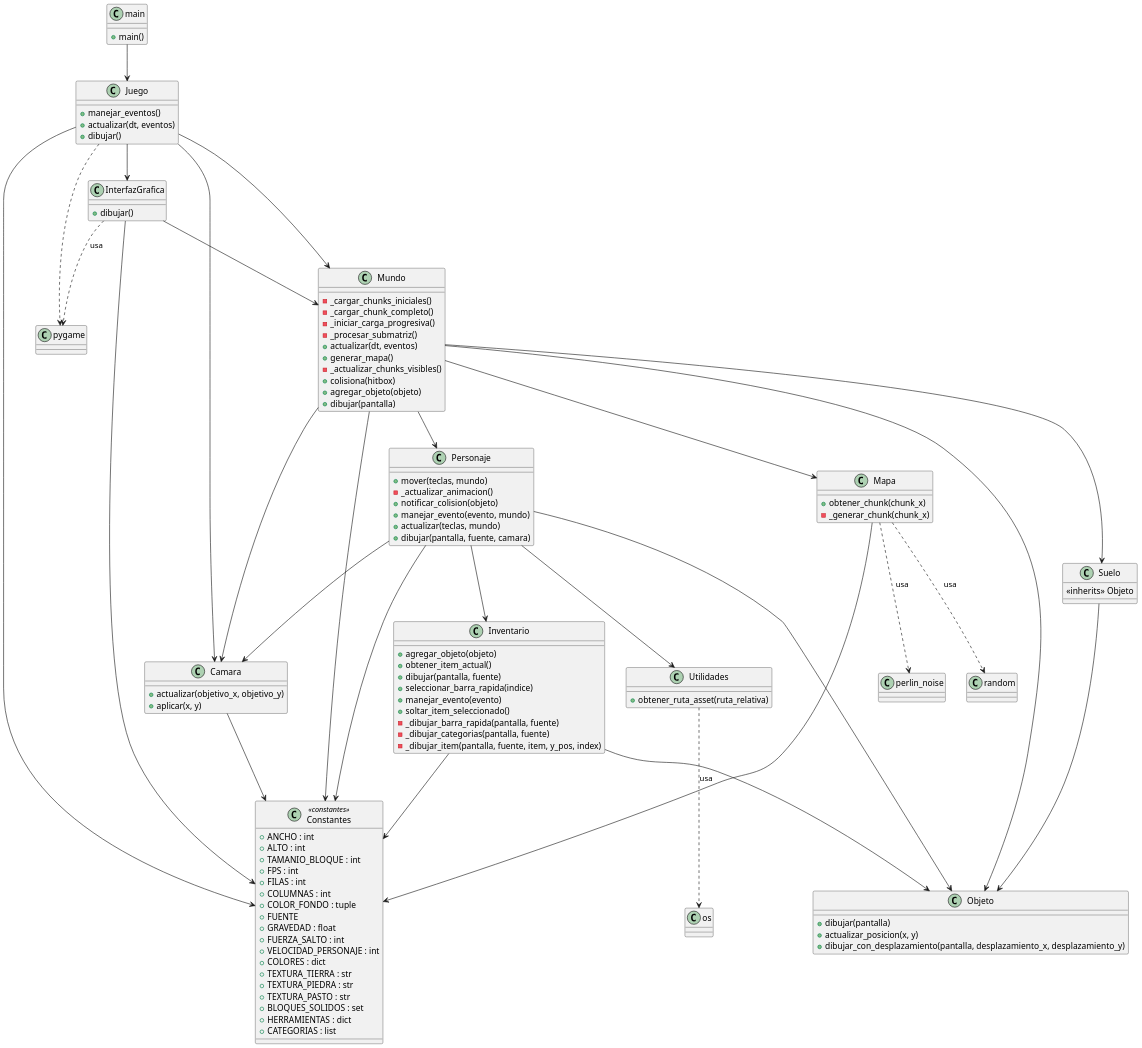
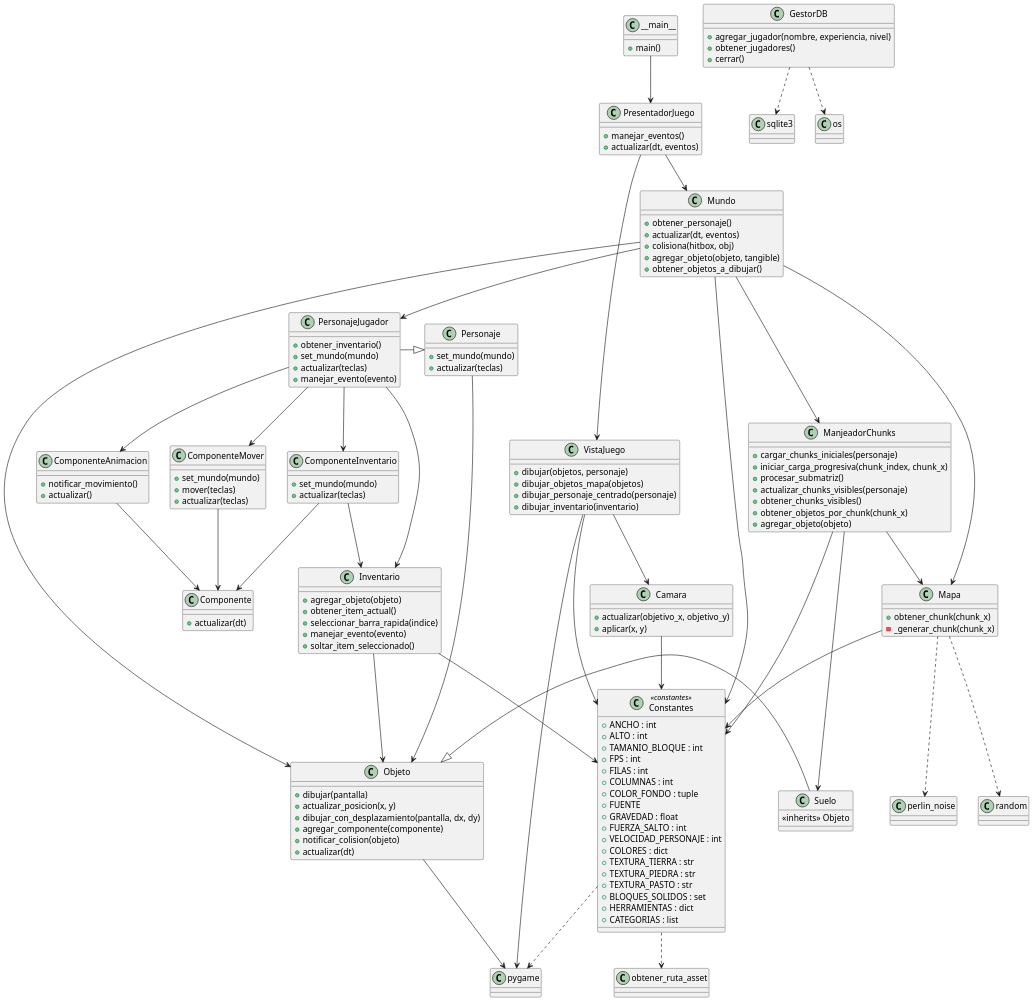
One commit to JosiasTomasnanez/SatisPlanning-game changed the diagram in doc/clase.puml. Above: the diagram before and after it, drawn with PlantUML. The commit also changed 2 other files, not shown here.

Commit message:
actualizacion de diagramas

```diff
--- a/doc/clase.puml
+++ b/doc/clase.puml
@@ -1,229 +1,178 @@
-@startuml Juego
+@startuml SatisPlanning
 scale 1.5
 
-' Relaciones generales entre las clases principales
-main --> Juego  
-' La clase principal que inicia el juego
-Juego --> Mundo  
-' El juego contiene el mundo donde se desarrolla la lógica principal
-Juego --> InterfazGrafica  
-' El juego utiliza la interfaz gráfica para dibujar elementos
-Juego --> Camara  
-' La cámara se usa para manejar el desplazamiento y el enfoque
-Juego ..> pygame    
-' Usa dependencia externa de pygame
-Juego --> Constantes  
-' Usa constantes globales para configuraciones
+' Relaciones principales
+__main__ --> PresentadorJuego
+PresentadorJuego --> Mundo
+PresentadorJuego --> VistaJuego
+VistaJuego --> Camara
+VistaJuego --> Constantes
+VistaJuego --> pygame
 
-' Relaciones dentro del mundo del juego
-Mundo --> Mapa  
-' El mundo utiliza el mapa para generar y gestionar los chunks
-Mundo --> Personaje  
-' El personaje principal está contenido en el mundo
-Mundo --> Suelo  
-' El suelo es parte del mundo y se utiliza para colisiones
-Mundo --> Camara  
-' La cámara se usa para ajustar la vista del mundo
-Mundo --> Constantes  
-' Usa constantes globales
-Mundo --> Objeto  
-' Los objetos son elementos interactivos del mundo
+Mundo --> Mapa
+Mundo --> ManjeadorChunks
+Mundo --> PersonajeJugador
+Mundo --> Objeto
+Mundo --> Constantes
 
-' Relaciones del mapa
-Mapa --> Constantes  
-' Usa constantes para generar el terreno
-Mapa ..> perlin_noise : usa  
-' Dependencia externa para generar ruido Perlin
-Mapa ..> random : usa  
-' Dependencia externa para generar valores aleatorios
+ManjeadorChunks --> Mapa
+ManjeadorChunks --> Suelo
+ManjeadorChunks --> Constantes
 
-' Relaciones del personaje
-Personaje --> Objeto  
-' El personaje hereda de la clase Objeto
-Personaje --> Inventario  
-' El personaje tiene un inventario
-Personaje --> Camara  
-' Usa la cámara para ajustar su posición en pantalla
-Personaje --> Constantes  
-' Usa constantes para configuraciones como velocidad y gravedad
-Personaje --> Utilidades  
-' Utiliza funciones auxiliares como obtener rutas de assets
+Mapa --> Constantes
+Mapa ..> perlin_noise
+Mapa ..> random
 
-' Relaciones del inventario
-Inventario --> Objeto  
-' El inventario contiene objetos
-Inventario --> Constantes  
-' Usa constantes para configuraciones visuales
+PersonajeJugador -|> Personaje
+Personaje --> Objeto
+PersonajeJugador --> ComponenteMover
+PersonajeJugador --> ComponenteAnimacion
+PersonajeJugador --> ComponenteInventario
+PersonajeJugador --> Inventario
 
-' Relaciones del suelo
-Suelo --> Objeto  
-' El suelo hereda de la clase Objeto
+ComponenteMover --> Componente
+ComponenteAnimacion --> Componente
+ComponenteInventario --> Componente
+ComponenteInventario --> Inventario
 
-' Relaciones de la interfaz gráfica
-InterfazGrafica --> Mundo  
-' La interfaz gráfica dibuja el mundo
-InterfazGrafica --> Constantes  
-' Usa constantes para configuraciones visuales
-InterfazGrafica ..> pygame : usa  
-' Dependencia externa de pygame
+Inventario --> Objeto
+Inventario --> Constantes
 
-' Relaciones de la cámara
-Camara --> Constantes  
-' Usa constantes para configuraciones de pantalla
+Suelo -|> Objeto
 
-' Relaciones de utilidades
-Utilidades ..> os : usa  
-' Dependencia externa para manejar rutas de archivos
+Objeto --> pygame
 
-' Clases principales con sus métodos y atributos
-class main {
-    ' Punto de entrada del programa
-    + main()  
+GestorDB ..> sqlite3
+GestorDB ..> os
+
+Camara --> Constantes
+
+Constantes ..> pygame
+Constantes ..> obtener_ruta_asset
+
+' Clases principales
+class __main__ {
+    + main()
 }
 
-class Juego {
-    ' Maneja los eventos del juego
+class PresentadorJuego {
     + manejar_eventos()
-    ' Actualiza el estado del juego
     + actualizar(dt, eventos)
-    ' Dibuja los elementos del juego
-    + dibujar()  
+}
+
+class VistaJuego {
+    + dibujar(objetos, personaje)
+    + dibujar_objetos_mapa(objetos)
+    + dibujar_personaje_centrado(personaje)
+    + dibujar_inventario(inventario)
 }
 
 class Mundo {
-    ' Carga los chunks iniciales del mapa
-    - _cargar_chunks_iniciales()
-    ' Carga un chunk completo  
-    - _cargar_chunk_completo()
-    ' Inicia la carga progresiva de chunks
-    - _iniciar_carga_progresiva()
-    ' Procesa una submatriz de un chunk  
-    - _procesar_submatriz()
-    ' Actualiza el estado del mundo  
+    + obtener_personaje()
     + actualizar(dt, eventos)
-    ' Genera el mapa visible
-    + generar_mapa()  
-    ' Actualiza los chunks visibles
-    - _actualizar_chunks_visibles()  
-    ' Verifica colisiones con objetos
-    + colisiona(hitbox)  
-    ' Agrega un objeto al mundo
-    + agregar_objeto(objeto)  
-    ' Dibuja el mundo en la pantalla
-    + dibujar(pantalla)  
+    + colisiona(hitbox, obj)
+    + agregar_objeto(objeto, tangible)
+    + obtener_objetos_a_dibujar()
+}
+
+class ManjeadorChunks {
+    + cargar_chunks_iniciales(personaje)
+    + iniciar_carga_progresiva(chunk_index, chunk_x)
+    + procesar_submatriz()
+    + actualizar_chunks_visibles(personaje)
+    + obtener_chunks_visibles()
+    + obtener_objetos_por_chunk(chunk_x)
+    + agregar_objeto(objeto)
 }
 
 class Mapa {
-    ' Obtiene un chunk basado en su posición
-    + obtener_chunk(chunk_x)  
-    ' Genera un nuevo chunk
-    - _generar_chunk(chunk_x)  
+    + obtener_chunk(chunk_x)
+    - _generar_chunk(chunk_x)
 }
 
 class Personaje {
-    ' Maneja el movimiento del personaje
-    + mover(teclas, mundo)  
-    ' Actualiza la animación del personaje
-    - _actualizar_animacion() 
-    ' Notifica colisiones con otros objetos
-    + notificar_colision(objeto)  
-    ' Maneja eventos relacionados con el personaje
-    + manejar_evento(evento, mundo)  
-    ' Actualiza el estado del personaje
-    + actualizar(teclas, mundo)  
-    ' Dibuja el personaje en pantalla
-    + dibujar(pantalla, fuente, camara)  
+    + set_mundo(mundo)
+    + actualizar(teclas)
+}
+
+class PersonajeJugador {
+    + obtener_inventario()
+    + set_mundo(mundo)
+    + actualizar(teclas)
+    + manejar_evento(evento)
 }
 
 class Inventario {
-    ' Agrega un objeto al inventario
-    + agregar_objeto(objeto)  
-    ' Obtiene el objeto actualmente seleccionado
-    + obtener_item_actual()  
-    ' Dibuja el inventario en pantalla
-    + dibujar(pantalla, fuente)  
-    ' Selecciona un elemento de la barra rápida
-    + seleccionar_barra_rapida(indice)  
-    ' Maneja eventos relacionados con el inventario
-    + manejar_evento(evento)  
-    ' Suelta el objeto seleccionado
-    + soltar_item_seleccionado()  
-    ' Dibuja la barra rápida
-    - _dibujar_barra_rapida(pantalla, fuente)  
-    ' Dibuja las categorías del inventario
-    - _dibujar_categorias(pantalla, fuente)  
-    ' Dibuja un item individual
-    - _dibujar_item(pantalla, fuente, item, y_pos, index)  
+    + agregar_objeto(objeto)
+    + obtener_item_actual()
+    + seleccionar_barra_rapida(indice)
+    + manejar_evento(evento)
+    + soltar_item_seleccionado()
+}
+
+class Objeto {
+    + dibujar(pantalla)
+    + actualizar_posicion(x, y)
+    + dibujar_con_desplazamiento(pantalla, dx, dy)
+    + agregar_componente(componente)
+    + notificar_colision(objeto)
+    + actualizar(dt)
 }
 
 class Suelo {
-    <<inherits>> Objeto  
-    ' Hereda de la clase Objeto
-}
-
-class Objeto {
-    ' Dibuja el objeto en pantalla
-    + dibujar(pantalla)  
-    ' Actualiza la posición del objeto
-    + actualizar_posicion(x, y)  
-    ' Dibuja el objeto con desplazamiento
-    + dibujar_con_desplazamiento(pantalla, desplazamiento_x, desplazamiento_y)  
-}
-
-class InterfazGrafica {
-    ' Dibuja los elementos gráficos en pantalla
-    + dibujar()  
+    <<inherits>> Objeto
 }
 
 class Camara {
-    ' Actualiza el desplazamiento de la cámara
-    + actualizar(objetivo_x, objetivo_y)  
-    ' Aplica el desplazamiento de la cámara a una posición
-    + aplicar(x, y)  
-}
-
-class Utilidades {
-    ' Obtiene la ruta absoluta de un asset
-    + obtener_ruta_asset(ruta_relativa)  
+    + actualizar(objetivo_x, objetivo_y)
+    + aplicar(x, y)
 }
 
 class Constantes <<constantes>> {
-    ' Ancho de la pantalla
-    + ANCHO : int  
-    ' Alto de la pantalla
-    + ALTO : int  
-    ' Tamaño de cada bloque
-    + TAMANIO_BLOQUE : int  
-    ' Cuadros por segundo
-    + FPS : int  
-    ' Número de filas en el mapa
-    + FILAS : int  
-    ' Número de columnas en el mapa
-    + COLUMNAS : int  
-    ' Color de fondo de la pantalla
-    + COLOR_FONDO : tuple  
-    ' Fuente para renderizar texto
-    + FUENTE  
-    ' Valor de la gravedad
-    + GRAVEDAD : float  
-    ' Fuerza del salto del personaje
-    + FUERZA_SALTO : int  
-    ' Velocidad del personaje
-    + VELOCIDAD_PERSONAJE : int 
-     ' Colores de los bloques
-    + COLORES : dict  
-    ' Ruta de la textura de tierra
-    + TEXTURA_TIERRA : str  
-    ' Ruta de la textura de piedra
-    + TEXTURA_PIEDRA : str  
-    ' Ruta de la textura de pasto
-    + TEXTURA_PASTO : str  
-    ' Tipos de bloques sólidos
-    + BLOQUES_SOLIDOS : set  
-    ' Configuración de herramientas
-    + HERRAMIENTAS : dict  
-    ' Categorías del inventario
-    + CATEGORIAS : list  
+    + ANCHO : int
+    + ALTO : int
+    + TAMANIO_BLOQUE : int
+    + FPS : int
+    + FILAS : int
+    + COLUMNAS : int
+    + COLOR_FONDO : tuple
+    + FUENTE
+    + GRAVEDAD : float
+    + FUERZA_SALTO : int
+    + VELOCIDAD_PERSONAJE : int
+    + COLORES : dict
+    + TEXTURA_TIERRA : str
+    + TEXTURA_PIEDRA : str
+    + TEXTURA_PASTO : str
+    + BLOQUES_SOLIDOS : set
+    + HERRAMIENTAS : dict
+    + CATEGORIAS : list
+}
+
+class Componente {
+    + actualizar(dt)
+}
+
+class ComponenteMover {
+    + set_mundo(mundo)
+    + mover(teclas)
+    + actualizar(teclas)
+}
+
+class ComponenteAnimacion {
+    + notificar_movimiento()
+    + actualizar()
+}
+
+class ComponenteInventario {
+    + set_mundo(mundo)
+    + actualizar(teclas)
+}
+
+class GestorDB {
+    + agregar_jugador(nombre, experiencia, nivel)
+    + obtener_jugadores()
+    + cerrar()
 }
 
 @enduml
```
